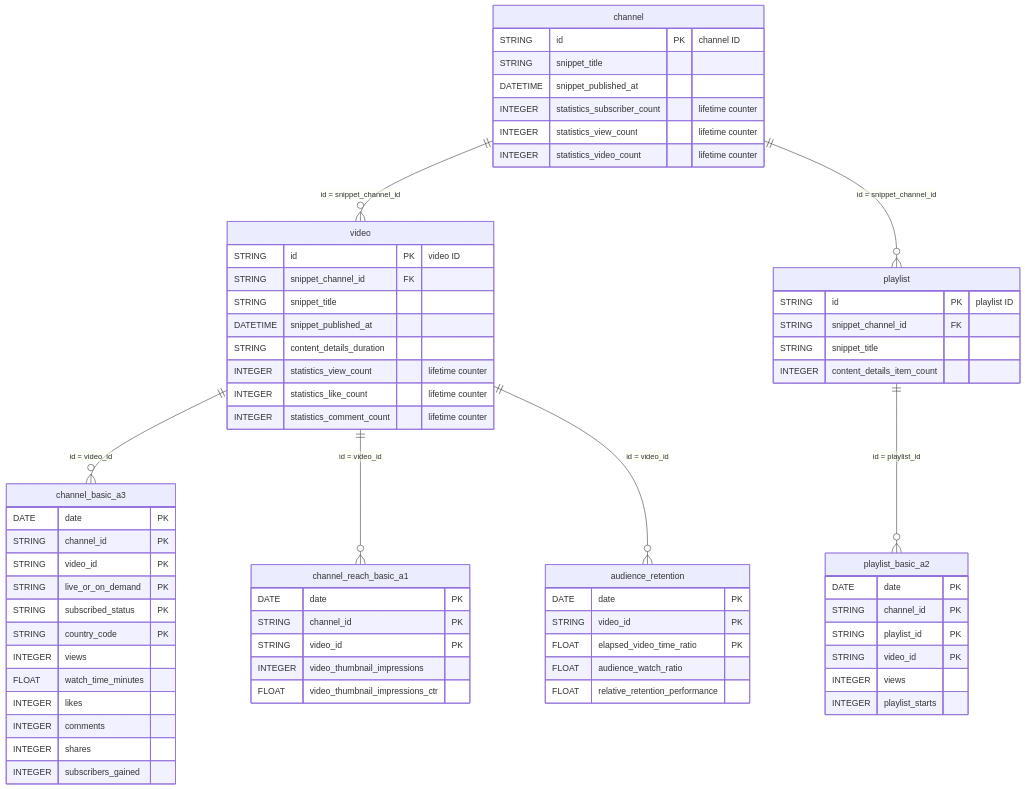
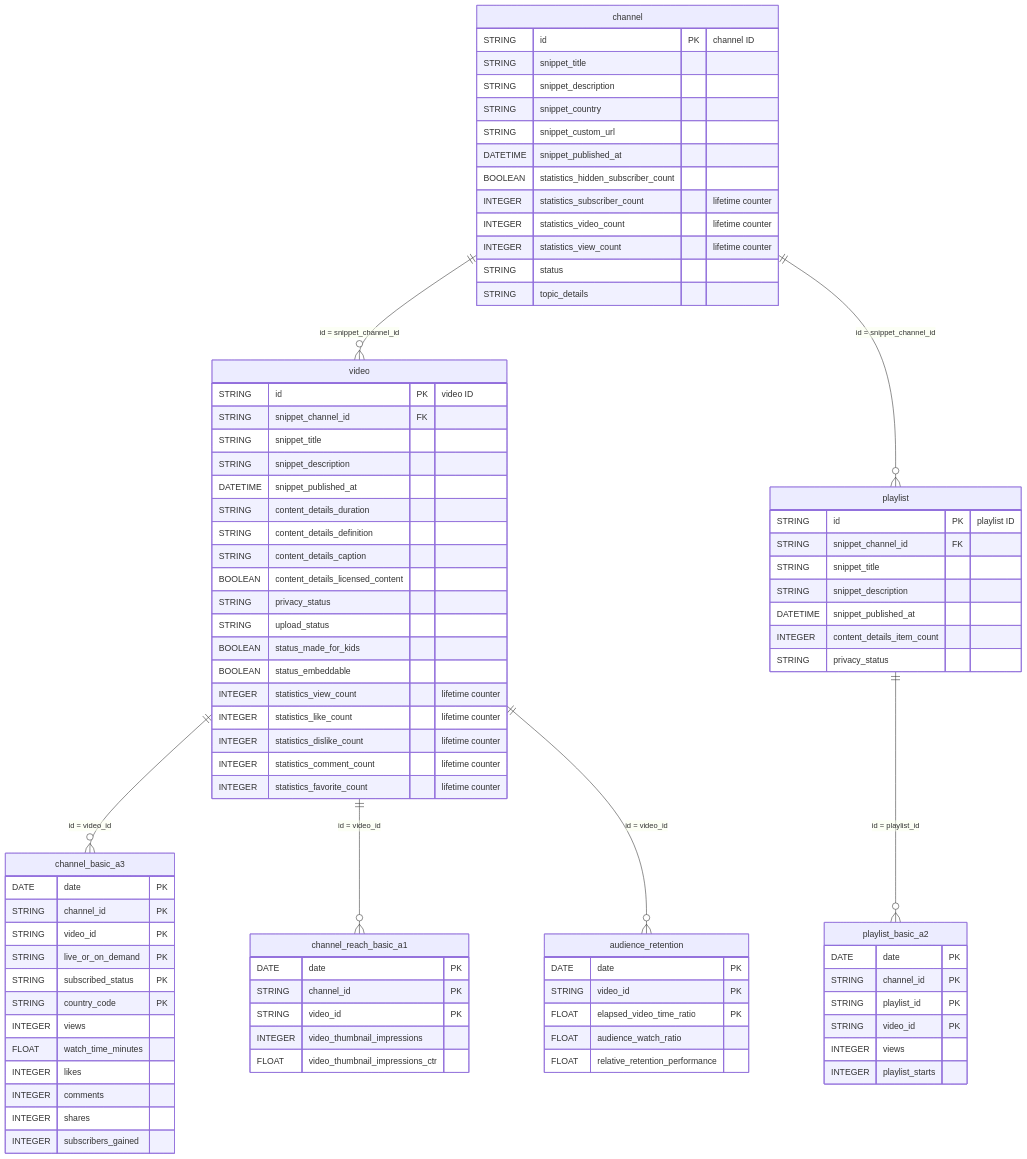
The diagram in connectors/analytics-connectors/youtube-analytics.md (quanti-data-mkt/documentation), drawn with Mermaid before and after one commit. The commit also changed other lines of this file, not shown here.

First line of the commit message:
docs(youtube-analytics): fix Mermaid erDiagram to match real prebuild schemas

```diff
--- a/connectors/analytics-connectors/youtube-analytics.md
+++ b/connectors/analytics-connectors/youtube-analytics.md
@@ -104,26 +64,45 @@
     channel {
         STRING   id PK "channel ID"
         STRING   snippet_title
+        STRING   snippet_description
+        STRING   snippet_country
+        STRING   snippet_custom_url
         DATETIME snippet_published_at
+        BOOLEAN  statistics_hidden_subscriber_count
         INTEGER  statistics_subscriber_count "lifetime counter"
+        INTEGER  statistics_video_count "lifetime counter"
         INTEGER  statistics_view_count "lifetime counter"
-        INTEGER  statistics_video_count "lifetime counter"
+        STRING   status
+        STRING   topic_details
     }
     video {
         STRING   id PK "video ID"
         STRING   snippet_channel_id FK
         STRING   snippet_title
+        STRING   snippet_description
         DATETIME snippet_published_at
         STRING   content_details_duration
+        STRING   content_details_definition
+        STRING   content_details_caption
+        BOOLEAN  content_details_licensed_content
+        STRING   privacy_status
+        STRING   upload_status
+        BOOLEAN  status_made_for_kids
+        BOOLEAN  status_embeddable
         INTEGER  statistics_view_count "lifetime counter"
         INTEGER  statistics_like_count "lifetime counter"
+        INTEGER  statistics_dislike_count "lifetime counter"
         INTEGER  statistics_comment_count "lifetime counter"
+        INTEGER  statistics_favorite_count "lifetime counter"
     }
     playlist {
         STRING   id PK "playlist ID"
         STRING   snippet_channel_id FK
         STRING   snippet_title
+        STRING   snippet_description
+        DATETIME snippet_published_at
         INTEGER  content_details_item_count
+        STRING   privacy_status
     }
     channel_basic_a3 {
         DATE    date PK
```
